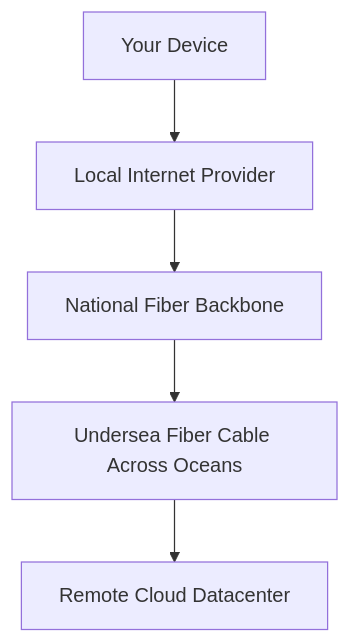
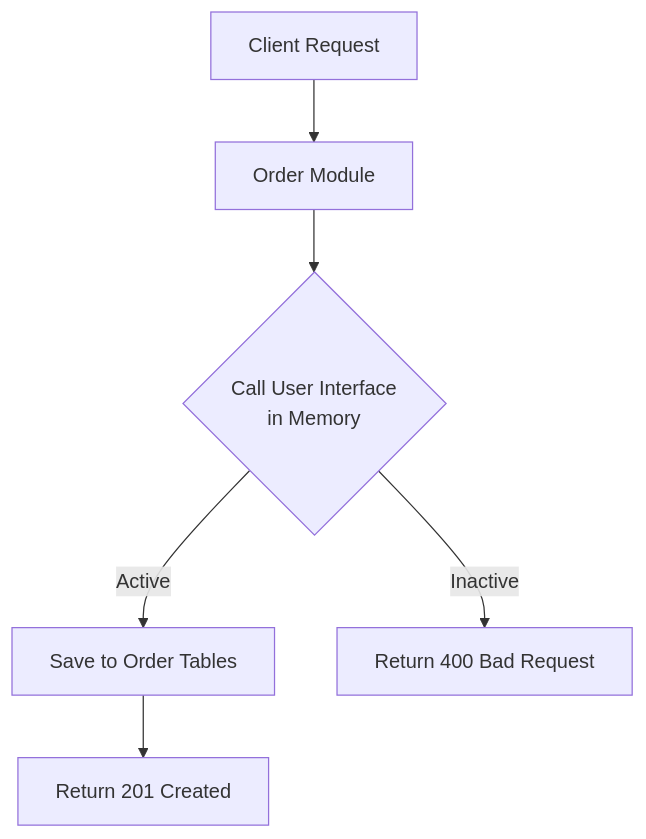
One commit to Sujalkathait/high-level-design changed the fourth of 22 diagrams in README.md. Above: the diagram before and after it, drawn with Mermaid. The commit also changed other lines of this file, not shown here.

Commit message:
docs: implement strict 22-section architectural framework across core HLD topics in simple English

````diff
--- a/README.md
+++ b/README.md
@@ -148,7 +172,8 @@
 ```mermaid
-graph TD
-    UserDevice[Your Device] --> LocalISP[Local Internet Provider]
-    LocalISP --> NationalBackbone[National Fiber Backbone]
-    NationalBackbone --> UnderseaCable[Undersea Fiber Cable Across Oceans]
-    UnderseaCable --> Datacenter[Remote Cloud Datacenter]
+flowchart TD
+    Req[Client Request] --> OrderMod[Order Module]
+    OrderMod --> CheckUser{Call User Interface\nin Memory}
+    CheckUser -- Active --> SaveOrder[Save to Order Tables]
+    CheckUser -- Inactive --> Reject[Return 400 Bad Request]
+    SaveOrder --> Resp[Return 201 Created]
 ```
````
